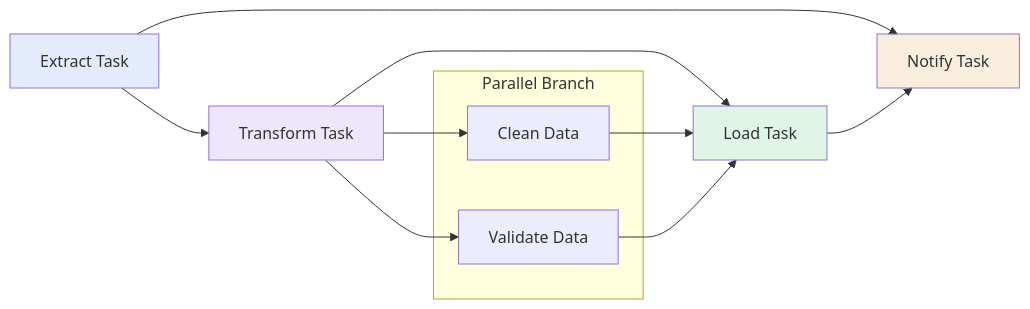
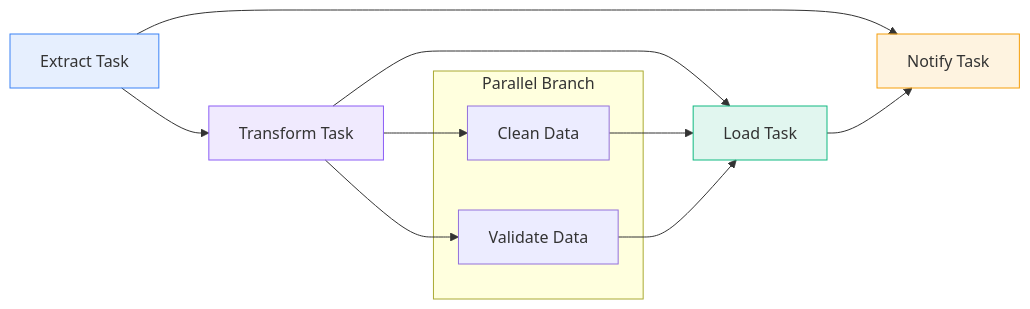
Before and after one commit to MadeInShineA/hei-course-summaries: the fourth of 5 diagrams in 302.1-data-computation/airflow.md, drawn with Mermaid. The commit also changed other lines of this file and 2 other files, not shown here.

Commit message:
Updated mermaid graphs colors

````diff
--- a/302.1-data-computation/airflow.md
+++ b/302.1-data-computation/airflow.md
@@ -197,20 +197,20 @@
 ```mermaid
 graph LR
     Extract[Extract Task] --> Transform[Transform Task]
     Transform --> Load[Load Task]
     Extract --> Notify[Notify Task]
     Load --> Notify
     subgraph "Parallel Branch"
         Clean[Clean Data]
         Validate[Validate Data]
     end
     Transform --> Clean
     Transform --> Validate
     Clean --> Load
     Validate --> Load
     
-    style Extract fill:#2563eb20
-    style Transform fill:#7c3aed20
-    style Load fill:#16a34a20
-    style Notify fill:#d9770620
+    style Extract fill:#3b82f620,stroke:#3b82f6
+    style Transform fill:#8b5cf620,stroke:#8b5cf6
+    style Load fill:#10b98120,stroke:#10b981
+    style Notify fill:#f59e0b20,stroke:#f59e0b
 ```
````
